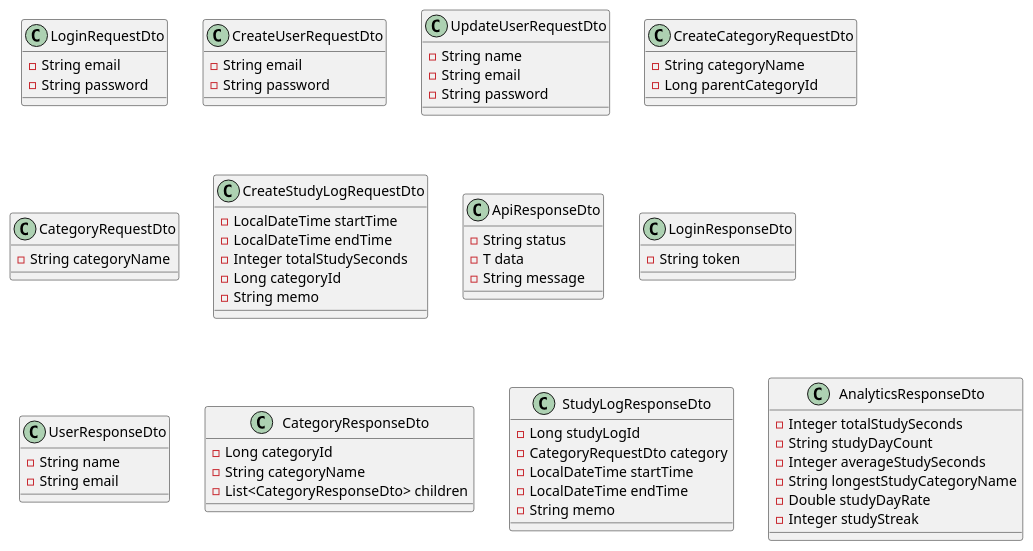
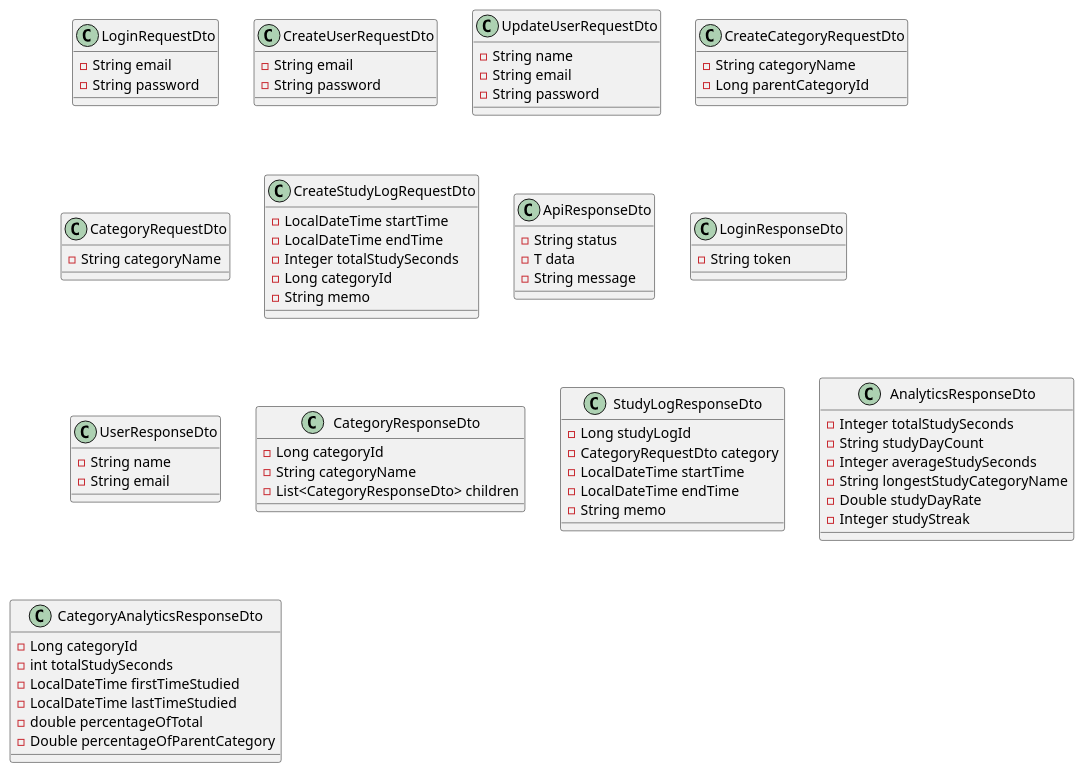
Before and after one commit to ShumpeiKawamura37/portfolio-study-management-app: the diagram in backend/study-management-app/docs/uml/code/class/class-dto.puml, drawn with PlantUML. The commit also changed 7 other files, not shown here.

```diff
--- a/backend/study-management-app/docs/uml/code/class/class-dto.puml
+++ b/backend/study-management-app/docs/uml/code/class/class-dto.puml
@@ -1,72 +1,81 @@
 @startuml
 class LoginRequestDto {
   - String email
   - String password
 }
 
 class CreateUserRequestDto {
   - String email
   - String password
 }
 
 class UpdateUserRequestDto {
   - String name
   - String email
   - String password
 }
 
 class CreateCategoryRequestDto {
   - String categoryName
   - Long parentCategoryId
 }
 
 class CategoryRequestDto {
   - String categoryName
 }
 
 class CreateStudyLogRequestDto {
   - LocalDateTime startTime
   - LocalDateTime endTime
   - Integer totalStudySeconds
   - Long categoryId
   - String memo
 }
 
 class ApiResponseDto {
   - String status
   - T data
   - String message
 }
 
 class LoginResponseDto {
   - String token
 }
 
 class UserResponseDto {
   - String name
   - String email
 }
 
 class CategoryResponseDto {
   - Long categoryId
   - String categoryName
   - List<CategoryResponseDto> children
 }
 
 class StudyLogResponseDto {
   - Long studyLogId
   - CategoryRequestDto category
   - LocalDateTime startTime
   - LocalDateTime endTime
   - String memo
 }
 
 class AnalyticsResponseDto {
   - Integer totalStudySeconds
   - String studyDayCount
   - Integer averageStudySeconds
   - String longestStudyCategoryName
   - Double studyDayRate
   - Integer studyStreak
 }
+
+class CategoryAnalyticsResponseDto {
+  - Long categoryId
+  - int totalStudySeconds
+  - LocalDateTime firstTimeStudied
+  - LocalDateTime lastTimeStudied
+  - double percentageOfTotal
+  - Double percentageOfParentCategory
+}
 @enduml
```
